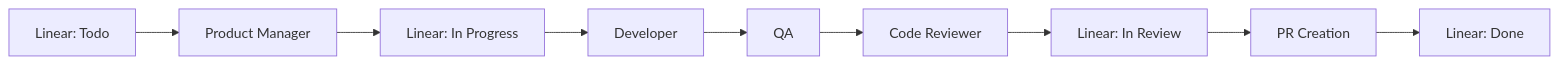
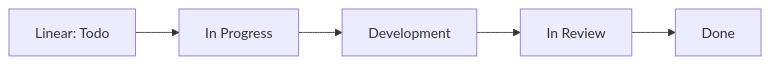
One commit to spiralhouse/cycletime changed the second of 2 diagrams in .claude/workflows/task-tool-workflow.md. Above: the diagram before and after it, drawn with Mermaid. The commit also changed other lines of this file and 9 other files, not shown here.

````diff
--- a/.claude/workflows/task-tool-workflow.md
+++ b/.claude/workflows/task-tool-workflow.md
@@ -251,11 +87,7 @@
 ```mermaid
 flowchart LR
-    A[Linear: Todo] --> B[Product Manager]
-    B --> C[Linear: In Progress]
-    C --> D[Developer]
-    D --> E[QA]
-    E --> F[Code Reviewer]
-    F --> G[Linear: In Review]
-    G --> H[PR Creation]
-    H --> I[Linear: Done]
+    A[Linear: Todo] --> B[In Progress]
+    B --> C[Development]
+    C --> D[In Review]
+    D --> E[Done]
 ```
````
